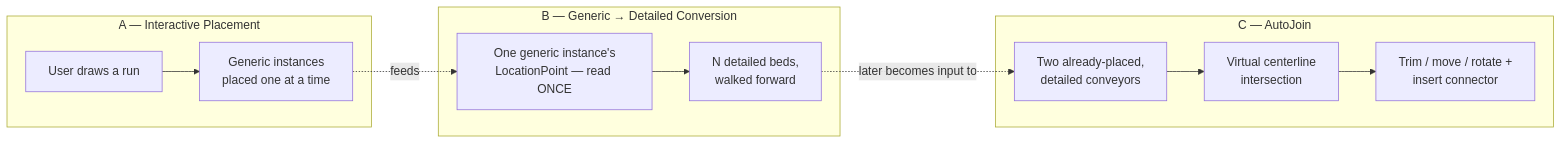
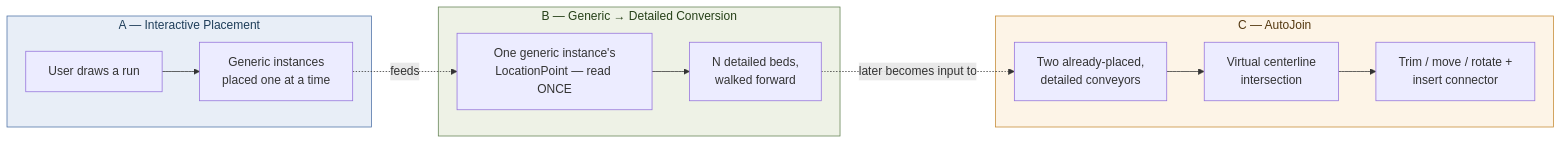
The third of 20 diagrams in RevitApiSamples/Samples/TransformModule/ProjectCases/Conveyor/ConveyorFamilyGeometry.md (Mustafa-TOMMY/CommandSamplesRevitApiVer2025), drawn with Mermaid before and after one commit. The commit also changed other lines of this file, not shown here.

Commit message:
docs(transform): add comprehensive diagram suite to ConveyorFamilyGeometry.md

````diff
--- a/RevitApiSamples/Samples/TransformModule/ProjectCases/Conveyor/ConveyorFamilyGeometry.md
+++ b/RevitApiSamples/Samples/TransformModule/ProjectCases/Conveyor/ConveyorFamilyGeometry.md
@@ -75,14 +127,21 @@
 ```mermaid
 flowchart LR
     subgraph SubA["A — Interactive Placement"]
         A1["User draws a run"] --> A2["Generic instances<br/>placed one at a time"]
     end
     subgraph SubB["B — Generic → Detailed Conversion"]
         B1["One generic instance's<br/>LocationPoint — read ONCE"] --> B2["N detailed beds,<br/>walked forward"]
     end
     subgraph SubC["C — AutoJoin"]
         C1["Two already-placed,<br/>detailed conveyors"] --> C2["Virtual centerline<br/>intersection"] --> C3["Trim / move / rotate +<br/>insert connector"]
     end
     A2 -. feeds .-> B1
     B2 -. later becomes input to .-> C1
+
+    classDef subA fill:#e8eef7,stroke:#4a6fa5,color:#1e3d59;
+    classDef subB fill:#eef2e6,stroke:#608050,color:#264018;
+    classDef subC fill:#fdf4e7,stroke:#c48830,color:#543810;
+    class SubA subA
+    class SubB subB
+    class SubC subC
 ```
````
